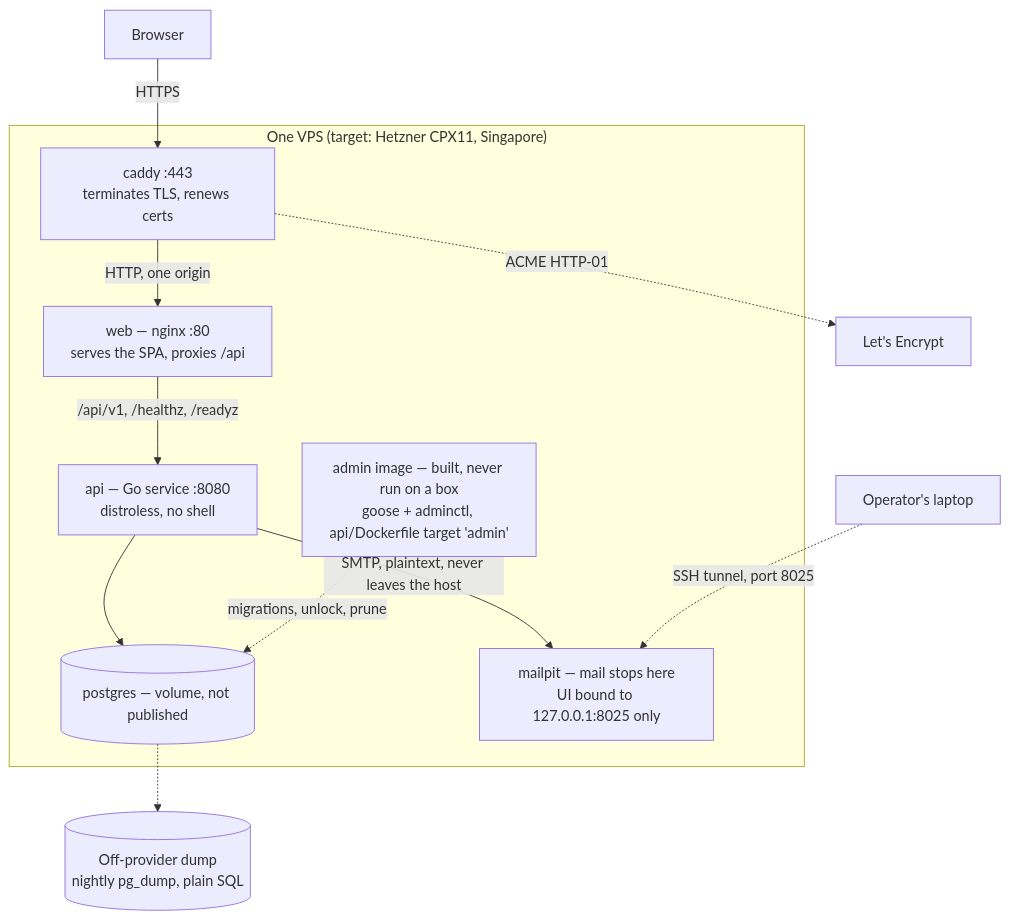
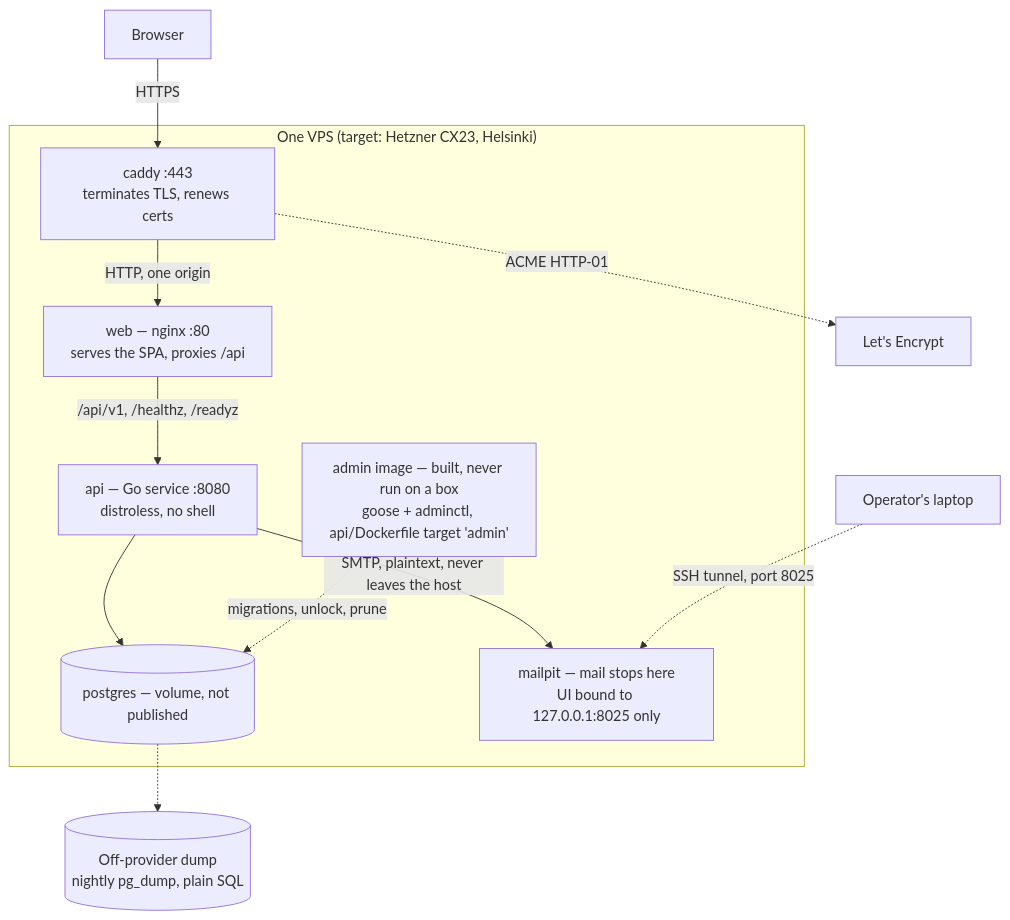
One commit to oandrz/Household changed the second of 15 diagrams in docs/SYSTEM_DESIGN.md. Above: the diagram before and after it, drawn with Mermaid. The commit also changed 4 other files, not shown here.

First line of the commit message:
docs: move the first host to Helsinki, before the money was spent

````diff
--- a/docs/SYSTEM_DESIGN.md
+++ b/docs/SYSTEM_DESIGN.md
@@ -112,27 +112,27 @@
 ```mermaid
 graph TD
     Browser["Browser"]
     LE["Let's Encrypt"]
 
-    subgraph host["One VPS (target: Hetzner CPX11, Singapore)"]
+    subgraph host["One VPS (target: Hetzner CX23, Helsinki)"]
         Caddy["caddy :443<br/>terminates TLS, renews certs"]
         Nginx["web — nginx :80<br/>serves the SPA, proxies /api"]
         API["api — Go service :8080<br/>distroless, no shell"]
         PG[("postgres — volume, not published")]
         Mailpit["mailpit — mail stops here<br/>UI bound to 127.0.0.1:8025 only"]
         Admin["admin image — built, never run on a box<br/>goose + adminctl, api/Dockerfile target 'admin'"]
     end
 
     Operator["Operator's laptop"]
     Backup[("Off-provider dump<br/>nightly pg_dump, plain SQL")]
 
     Browser -->|HTTPS| Caddy
     Caddy -->|"HTTP, one origin"| Nginx
     Nginx -->|"/api/v1, /healthz, /readyz"| API
     API --> PG
     API -->|"SMTP, plaintext, never leaves the host"| Mailpit
     Operator -.->|"SSH tunnel, port 8025"| Mailpit
     Caddy -.->|"ACME HTTP-01"| LE
     Admin -.->|"migrations, unlock, prune"| PG
     PG -.-> Backup
 ```
````
